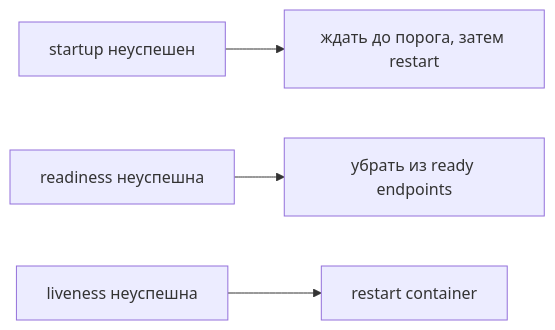
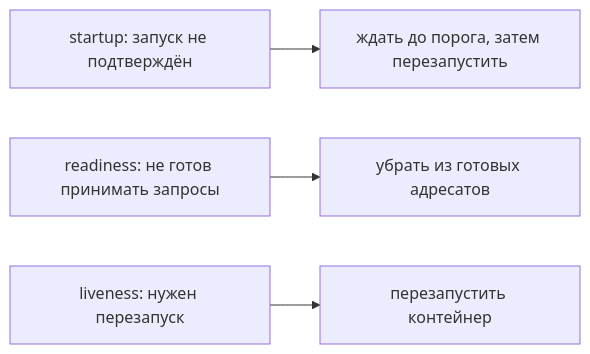
One commit to leary1337/vault changed the diagram in docs/containers/kubernetes/probes.md. Above: the diagram before and after it, drawn with Mermaid. The commit also changed other lines of this file and 325 other files, not shown here.

````diff
--- a/docs/containers/kubernetes/probes.md
+++ b/docs/containers/kubernetes/probes.md
@@ -46,6 +38,6 @@
 ```mermaid
 flowchart LR
-    S["startup неуспешен"] --> W["ждать до порога, затем restart"]
-    R["readiness неуспешна"] --> T["убрать из ready endpoints"]
-    L["liveness неуспешна"] --> X["restart container"]
+    S["startup: запуск не подтверждён"] --> W["ждать до порога, затем перезапустить"]
+    R["readiness: не готов принимать запросы"] --> T["убрать из готовых адресатов"]
+    L["liveness: нужен перезапуск"] --> X["перезапустить контейнер"]
 ```
````
